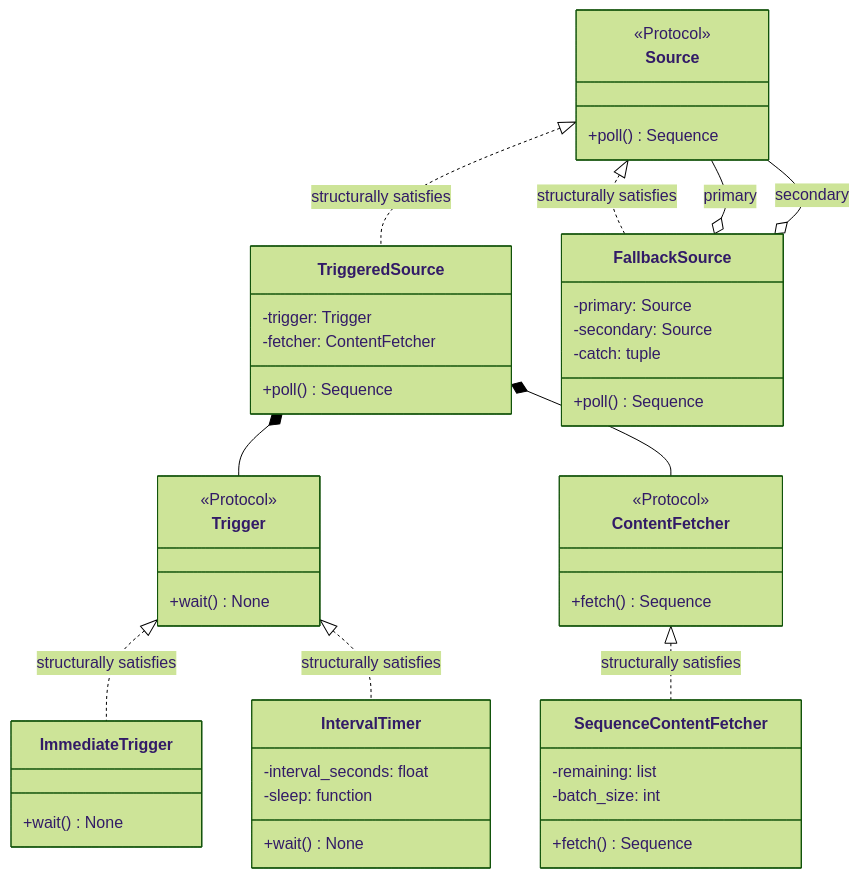
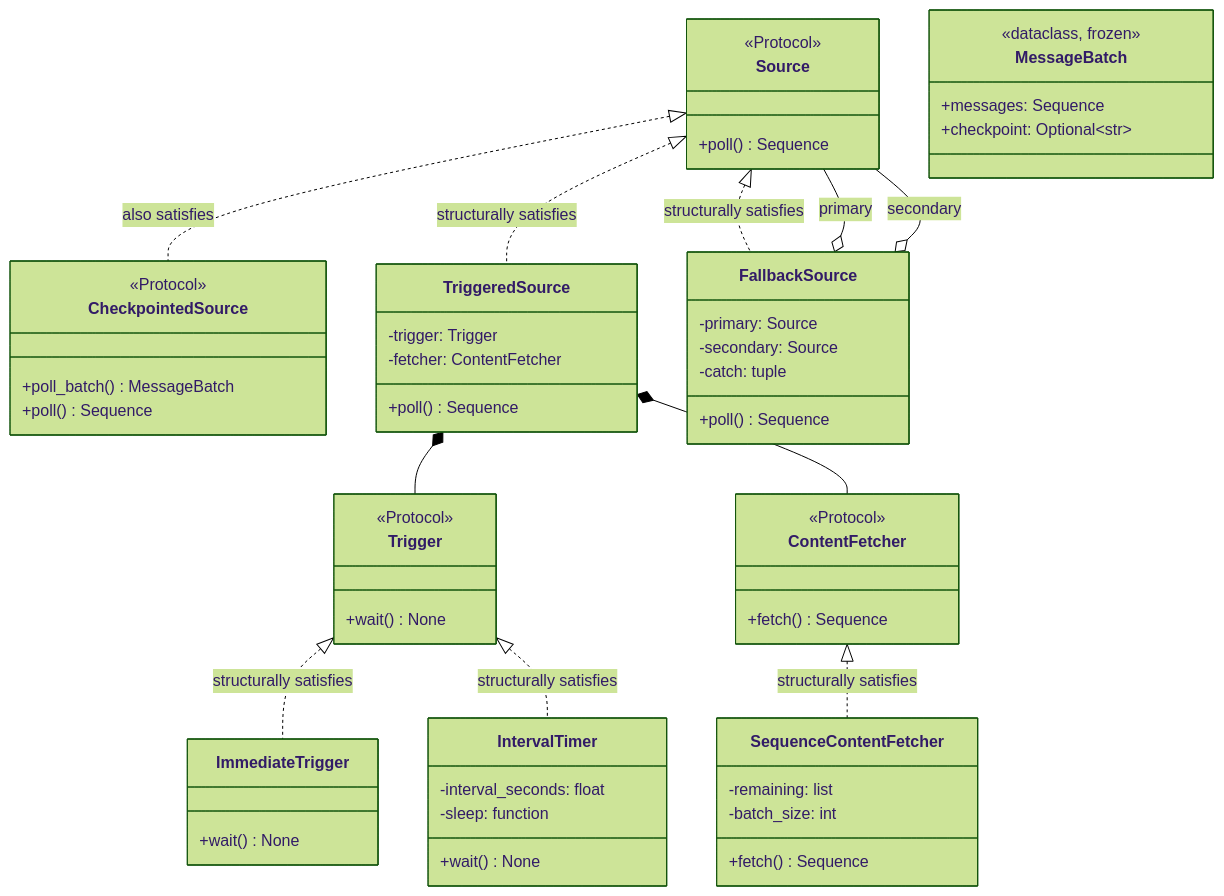
One commit to Stainless5166/friendly-octo-spork changed the tenth of 39 diagrams in docs/DESIGN.md. Above: the diagram before and after it, drawn with Mermaid (forest theme). The commit also changed other lines of this file and 2 other files, not shown here.

````diff
--- a/docs/DESIGN.md
+++ b/docs/DESIGN.md
@@ -1010,49 +1024,60 @@
 ```mermaid
 classDiagram
     class Trigger {
         <<Protocol>>
         +wait() None
     }
     class ContentFetcher {
         <<Protocol>>
         +fetch() Sequence
     }
     class Source {
         <<Protocol>>
+        +poll() Sequence
+    }
+    class MessageBatch {
+        <<dataclass, frozen>>
+        +messages: Sequence
+        +checkpoint: Optional~str~
+    }
+    class CheckpointedSource {
+        <<Protocol>>
+        +poll_batch() MessageBatch
         +poll() Sequence
     }
     class TriggeredSource {
         -trigger: Trigger
         -fetcher: ContentFetcher
         +poll() Sequence
     }
     class ImmediateTrigger {
         +wait() None
     }
     class SequenceContentFetcher {
         -remaining: list
         -batch_size: int
         +fetch() Sequence
     }
     class IntervalTimer {
         -interval_seconds: float
         -sleep: function
         +wait() None
     }
     class FallbackSource {
         -primary: Source
         -secondary: Source
         -catch: tuple
         +poll() Sequence
     }
 
     Source <|.. TriggeredSource : structurally satisfies
     Source <|.. FallbackSource : structurally satisfies
+    Source <|.. CheckpointedSource : also satisfies
     Trigger <|.. ImmediateTrigger : structurally satisfies
     Trigger <|.. IntervalTimer : structurally satisfies
     ContentFetcher <|.. SequenceContentFetcher : structurally satisfies
     TriggeredSource *-- Trigger
     TriggeredSource *-- ContentFetcher
     FallbackSource o-- Source : primary
     FallbackSource o-- Source : secondary
 ```
````
